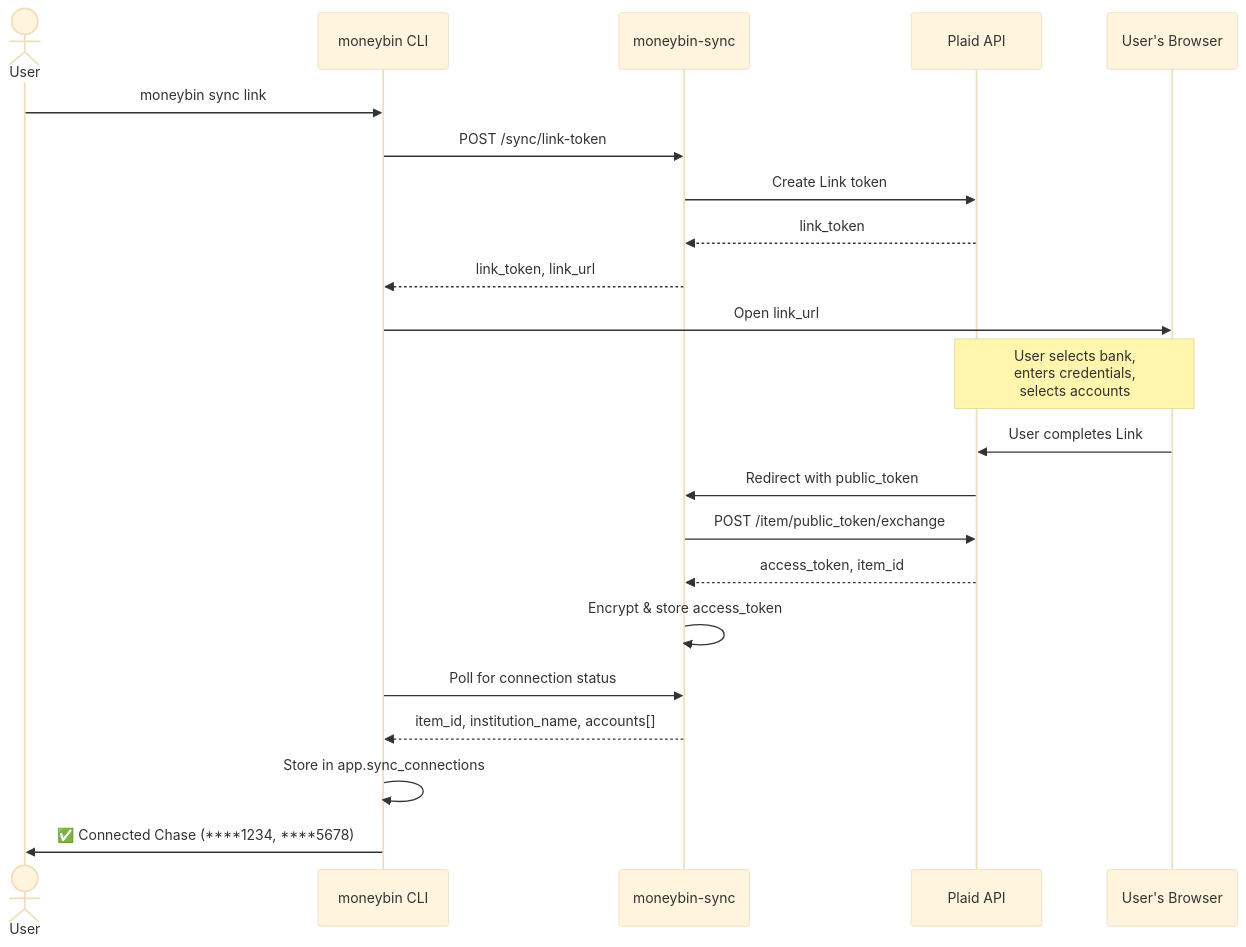
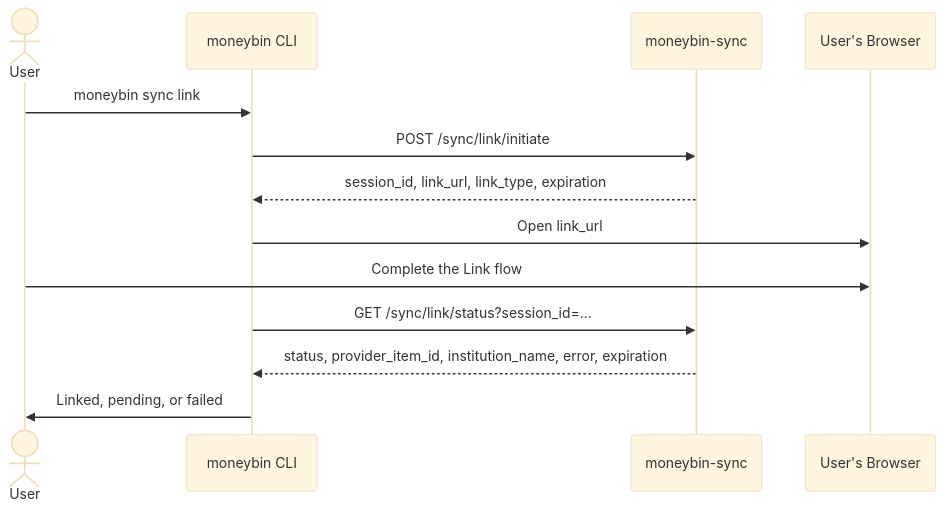
Before and after one commit to bsaffel/moneybin: the diagram in docs/specs/sync-plaid.md, drawn with Mermaid (base theme). The commit also changed other lines of this file and 5 other files, not shown here.

First line of the commit message:
Reconcile the canonical Plaid sync specification

````diff
--- a/docs/specs/sync-plaid.md
+++ b/docs/specs/sync-plaid.md
@@ -37,29 +39,17 @@
 ```mermaid
 sequenceDiagram
     actor User
     participant CLI as moneybin CLI
     participant Server as moneybin-sync
-    participant Plaid as Plaid API
     participant Browser as User's Browser
 
     User->>CLI: moneybin sync link
-    CLI->>Server: POST /sync/link-token
-    Server->>Plaid: Create Link token
-    Plaid-->>Server: link_token
-    Server-->>CLI: link_token, link_url
+    CLI->>Server: POST /sync/link/initiate
+    Server-->>CLI: session_id, link_url, link_type, expiration
 
     CLI->>Browser: Open link_url
-    Note over Browser,Plaid: User selects bank,<br/>enters credentials,<br/>selects accounts
-
-    Browser->>Plaid: User completes Link
-    Plaid->>Server: Redirect with public_token
-    Server->>Plaid: POST /item/public_token/exchange
-    Plaid-->>Server: access_token, item_id
-    Server->>Server: Encrypt & store access_token
-
-    CLI->>Server: Poll for connection status
-    Server-->>CLI: item_id, institution_name, accounts[]
-
-    CLI->>CLI: Store in app.sync_connections
-    CLI->>User: ✅ Connected Chase (****1234, ****5678)
+    User->>Browser: Complete the Link flow
+    CLI->>Server: GET /sync/link/status?session_id=...
+    Server-->>CLI: status, provider_item_id, institution_name, error, expiration
+    CLI->>User: Linked, pending, or failed
 ```
````
